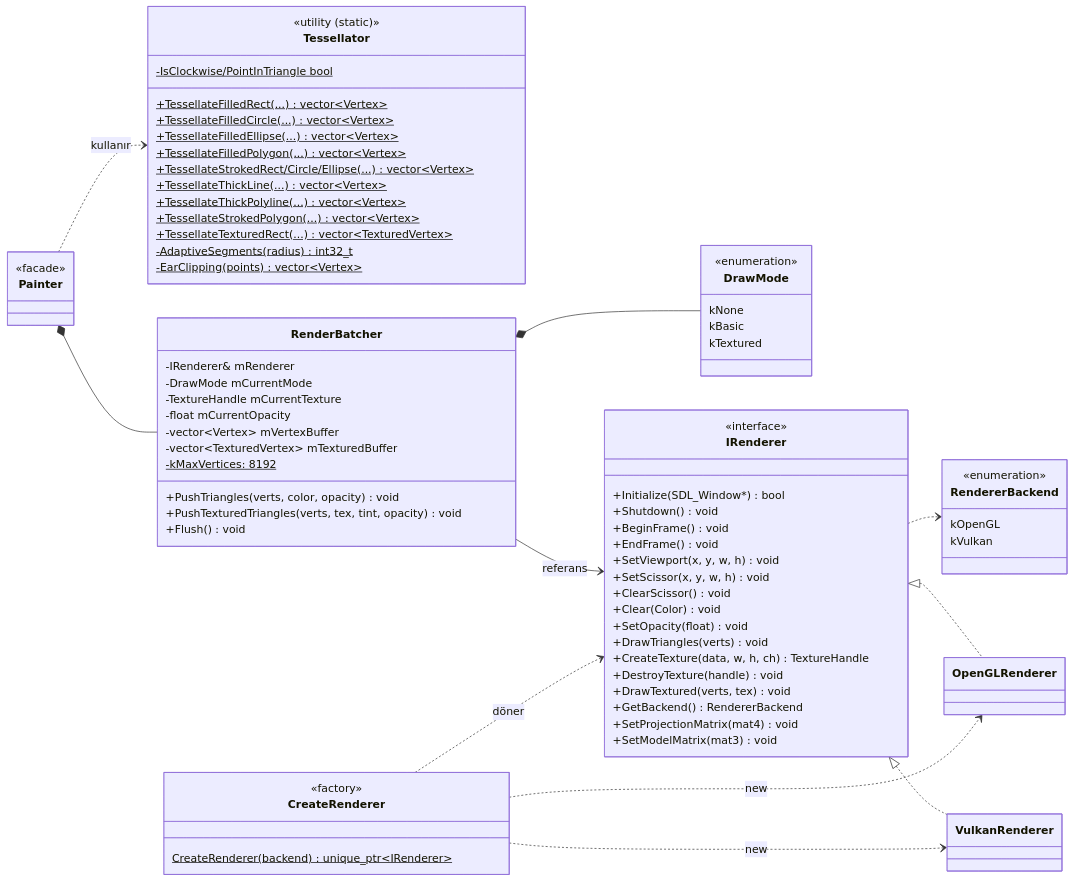
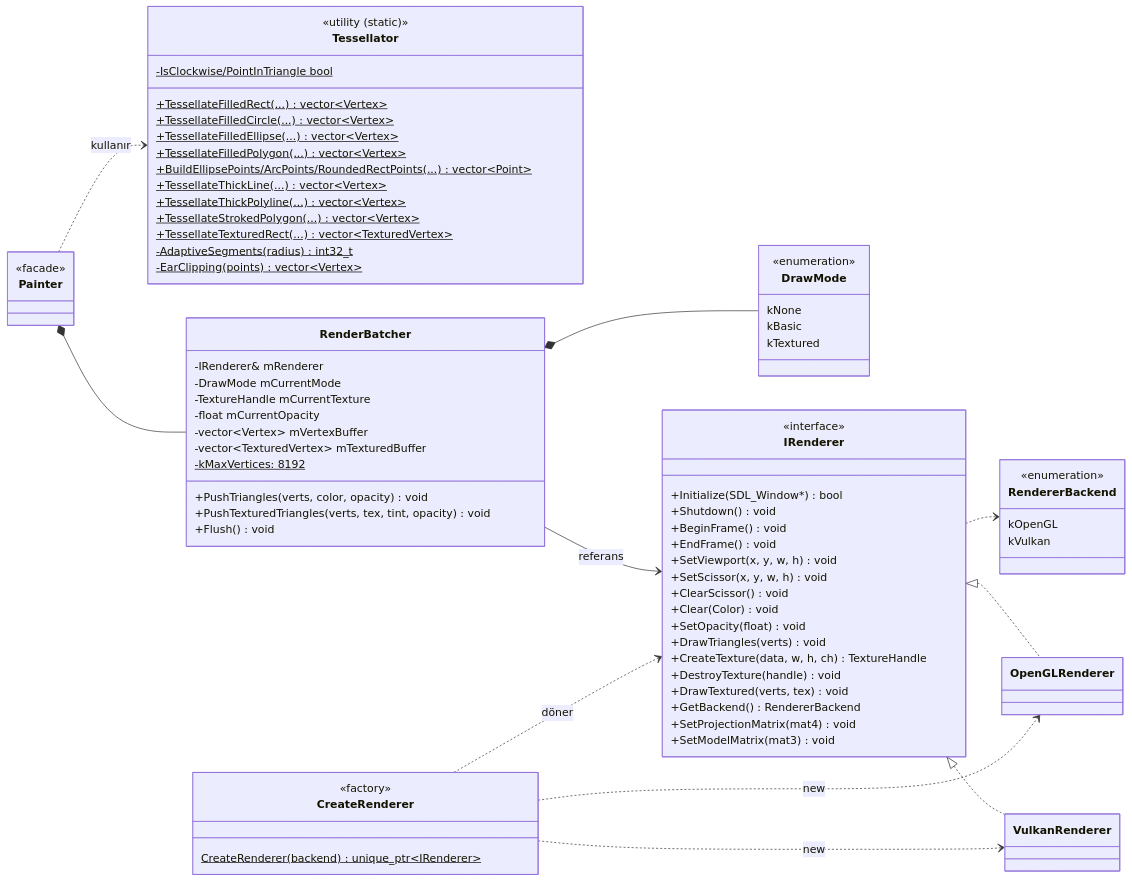
Before and after one commit to yazilimperver/sdl-painter: the second of 6 diagrams in doc/sinif-diyagrami.md, drawn with Mermaid. The commit also changed 11 other files, not shown here.

```diff
--- a/doc/sinif-diyagrami.md
+++ b/doc/sinif-diyagrami.md
@@ -125,7 +125,7 @@
         +TessellateFilledCircle(...) vector~Vertex~$
         +TessellateFilledEllipse(...) vector~Vertex~$
         +TessellateFilledPolygon(...) vector~Vertex~$
-        +TessellateStrokedRect/Circle/Ellipse(...) vector~Vertex~$
+        +BuildEllipsePoints/ArcPoints/RoundedRectPoints(...) vector~Point~$
         +TessellateThickLine(...) vector~Vertex~$
         +TessellateThickPolyline(...) vector~Vertex~$
         +TessellateStrokedPolygon(...) vector~Vertex~$
```
